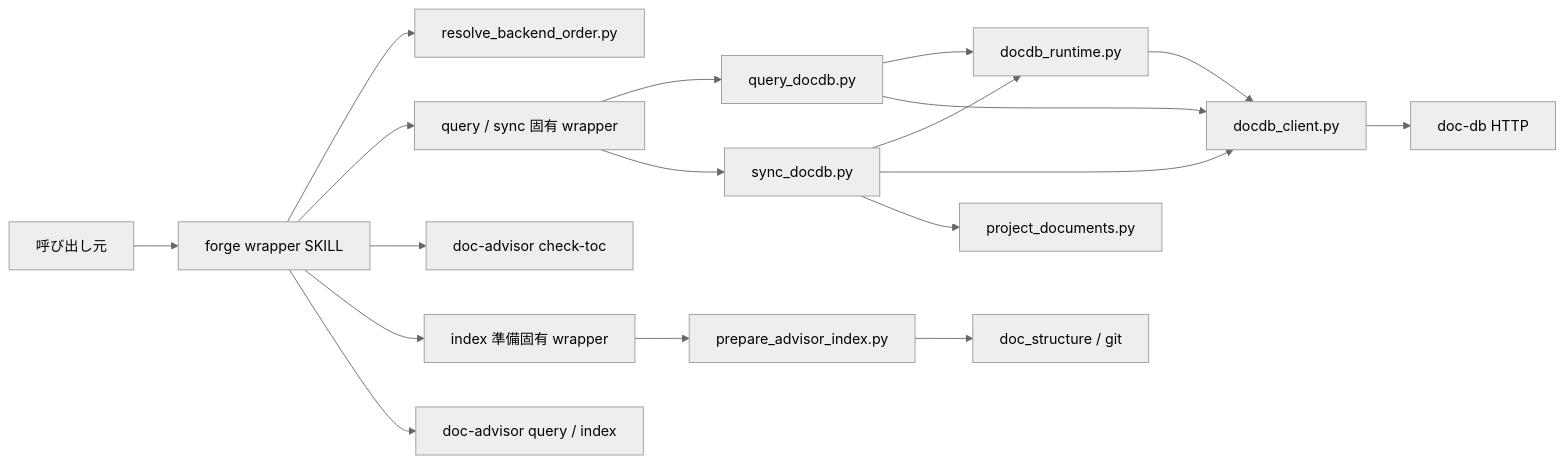
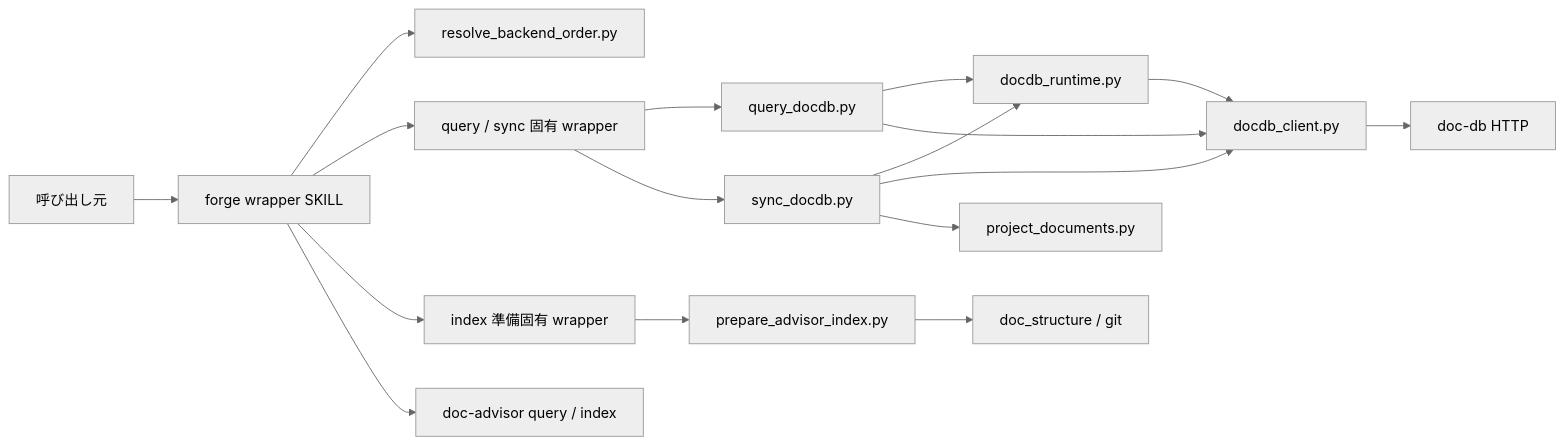
The first of 3 diagrams in docs/specs/doc-db/design/DES-057_doc_db_backend_selection_design.md (BlueEventHorizon/bw-cc-plugins), drawn with Mermaid (neutral theme) before and after one commit. The commit also changed other lines of this file and 14 other files, not shown here.

````diff
--- a/docs/specs/doc-db/design/DES-057_doc_db_backend_selection_design.md
+++ b/docs/specs/doc-db/design/DES-057_doc_db_backend_selection_design.md
@@ -172,36 +164,34 @@
 ```mermaid
 flowchart LR
     Caller[呼び出し元]
     Skill[forge wrapper SKILL]
     QueryWrapper[query / sync 固有 wrapper]
     AdvisorWrapper[index 準備固有 wrapper]
     Resolve[resolve_backend_order.py]
     Query[query_docdb.py]
     Sync[sync_docdb.py]
     Runtime[docdb_runtime.py]
     Client[docdb_client.py]
     Docs[project_documents.py]
     Prepare[prepare_advisor_index.py]
     DocDB[doc-db HTTP]
-    CheckToc[doc-advisor check-toc]
     Advisor[doc-advisor query / index]
     Config[doc_structure / git]
 
     Caller --> Skill
     Skill --> Resolve
     Skill --> QueryWrapper
     QueryWrapper --> Query
     QueryWrapper --> Sync
     Query --> Runtime
     Query --> Client
     Sync --> Runtime
     Sync --> Client
     Sync --> Docs
     Runtime --> Client
     Client --> DocDB
-    Skill --> CheckToc
     Skill --> AdvisorWrapper
     AdvisorWrapper --> Prepare
     Prepare --> Config
     Skill --> Advisor
 ```
````
